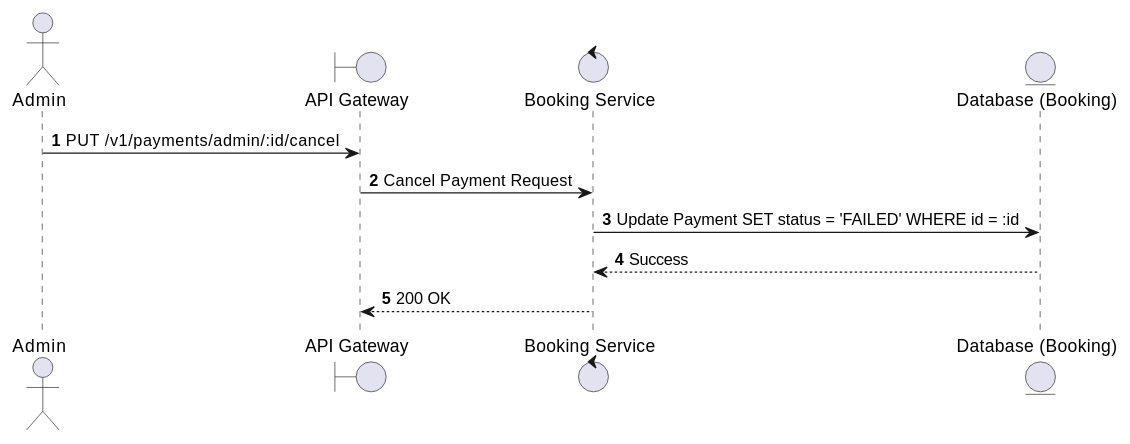
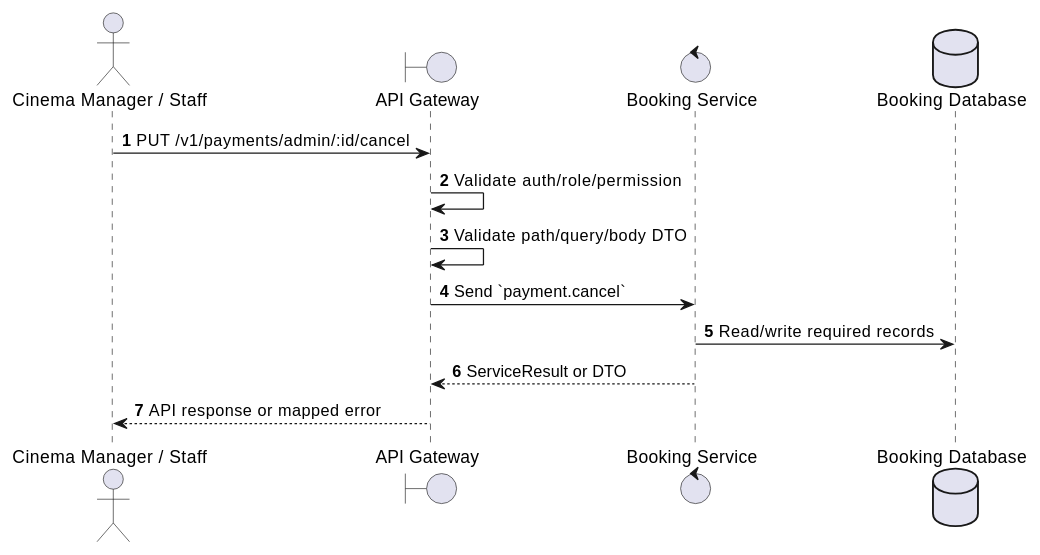
One commit to Tanh1603/movie-hub-architecture changed the first of 2 diagrams in docs/functional_specs/3.6_Payment_Transaction_Module/PY-A03_Cancel_Payment.md. Above: the diagram before and after it, drawn with PlantUML. The commit also changed other lines of this file and 126 other files, not shown here.

````diff
--- a/docs/functional_specs/3.6_Payment_Transaction_Module/PY-A03_Cancel_Payment.md
+++ b/docs/functional_specs/3.6_Payment_Transaction_Module/PY-A03_Cancel_Payment.md
@@ -17,15 +17,17 @@
 ```plantuml
 @startuml
 autonumber
-actor Admin
+actor "Cinema Manager / Staff" as Actor
 boundary "API Gateway" as GW
-control "Booking Service" as BS
-entity "Database (Booking)" as DB
+control "Booking Service" as SVC
+database "Booking Database" as DB
 
-Admin -> GW: PUT /v1/payments/admin/:id/cancel
-GW -> BS: Cancel Payment Request
-BS -> DB: Update Payment SET status = 'FAILED' WHERE id = :id
-DB --> BS: Success
-BS --> GW: 200 OK
+Actor -> GW: PUT /v1/payments/admin/:id/cancel
+GW -> GW: Validate auth/role/permission
+GW -> GW: Validate path/query/body DTO
+GW -> SVC: Send `payment.cancel`
+SVC -> DB: Read/write required records
+SVC --> GW: ServiceResult or DTO
+GW --> Actor: API response or mapped error
 @enduml
 ```
````
